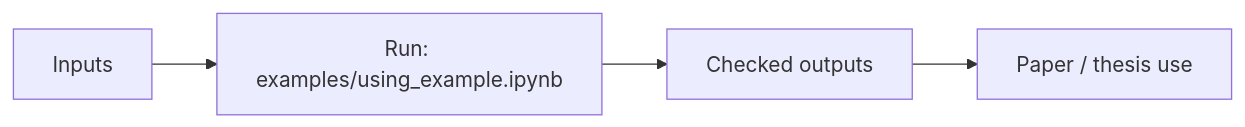
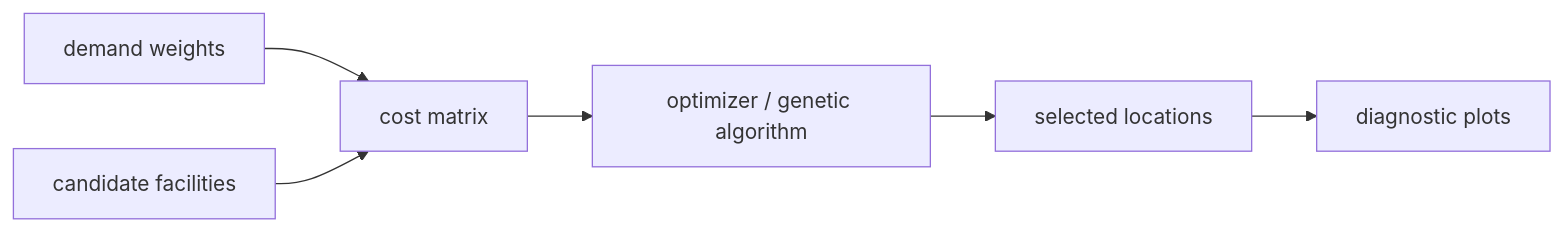
One commit to GeorgeKontsevik/solver_FLP changed the diagram in README.md. Above: the diagram before and after it, drawn with Mermaid. The commit also changed other lines of this file and 2 other files, not shown here.

Commit message:
Improve README diagrams and project descriptions

````diff
--- a/README.md
+++ b/README.md
@@ -7,6 +7,8 @@
 ```mermaid
 flowchart LR
-    A[Inputs] --> B[Run: examples/using_example.ipynb]
-    B --> C[Checked outputs]
-    C --> D[Paper / thesis use]
+    DEM[demand weights] --> COST[cost matrix]
+    FAC[candidate facilities] --> COST
+    COST --> OPT[optimizer / genetic algorithm]
+    OPT --> PICK[selected locations]
+    PICK --> PLOT[diagnostic plots]
 ```
````
